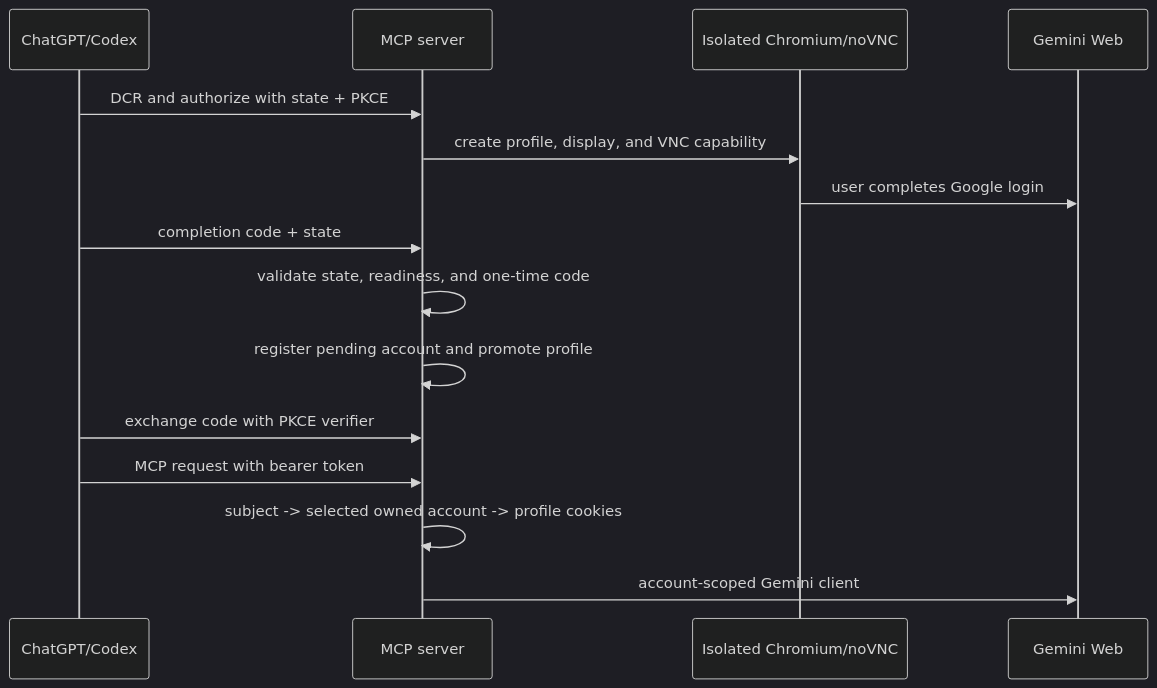
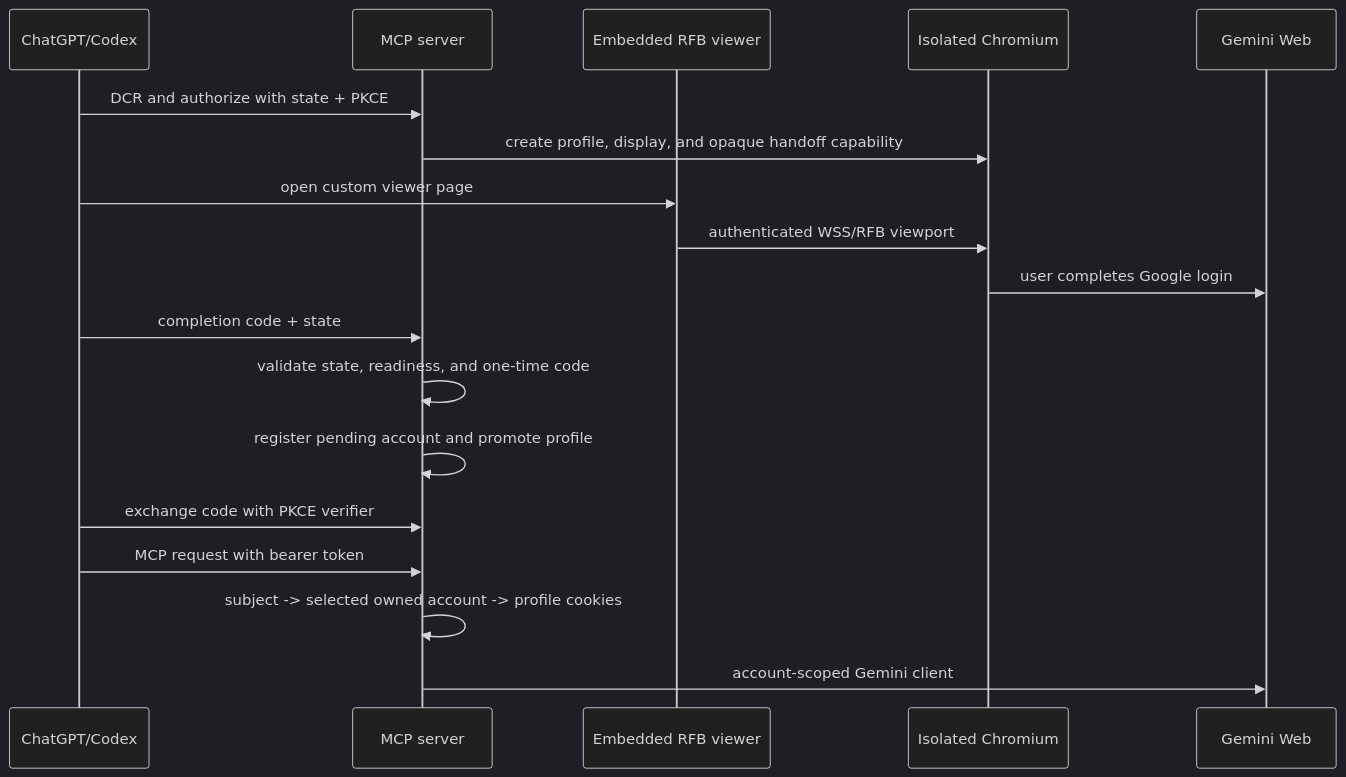
The diagram in docs/authentication-architecture.md (Arnost55/gemini-webapi-mcp), drawn with Mermaid (dark theme) before and after one commit. The commit also changed other lines of this file and 4 other files, not shown here.

````diff
--- a/docs/authentication-architecture.md
+++ b/docs/authentication-architecture.md
@@ -3,17 +3,20 @@
 ```mermaid
 sequenceDiagram
     participant C as ChatGPT/Codex
     participant M as MCP server
-    participant B as Isolated Chromium/noVNC
+    participant V as Embedded RFB viewer
+    participant B as Isolated Chromium
     participant G as Gemini Web
     C->>M: DCR and authorize with state + PKCE
-    M->>B: create profile, display, and VNC capability
+    M->>B: create profile, display, and opaque handoff capability
+    C->>V: open custom viewer page
+    V->>B: authenticated WSS/RFB viewport
     B->>G: user completes Google login
     C->>M: completion code + state
     M->>M: validate state, readiness, and one-time code
     M->>M: register pending account and promote profile
     C->>M: exchange code with PKCE verifier
     C->>M: MCP request with bearer token
     M->>M: subject -> selected owned account -> profile cookies
     M->>G: account-scoped Gemini client
 ```
````
